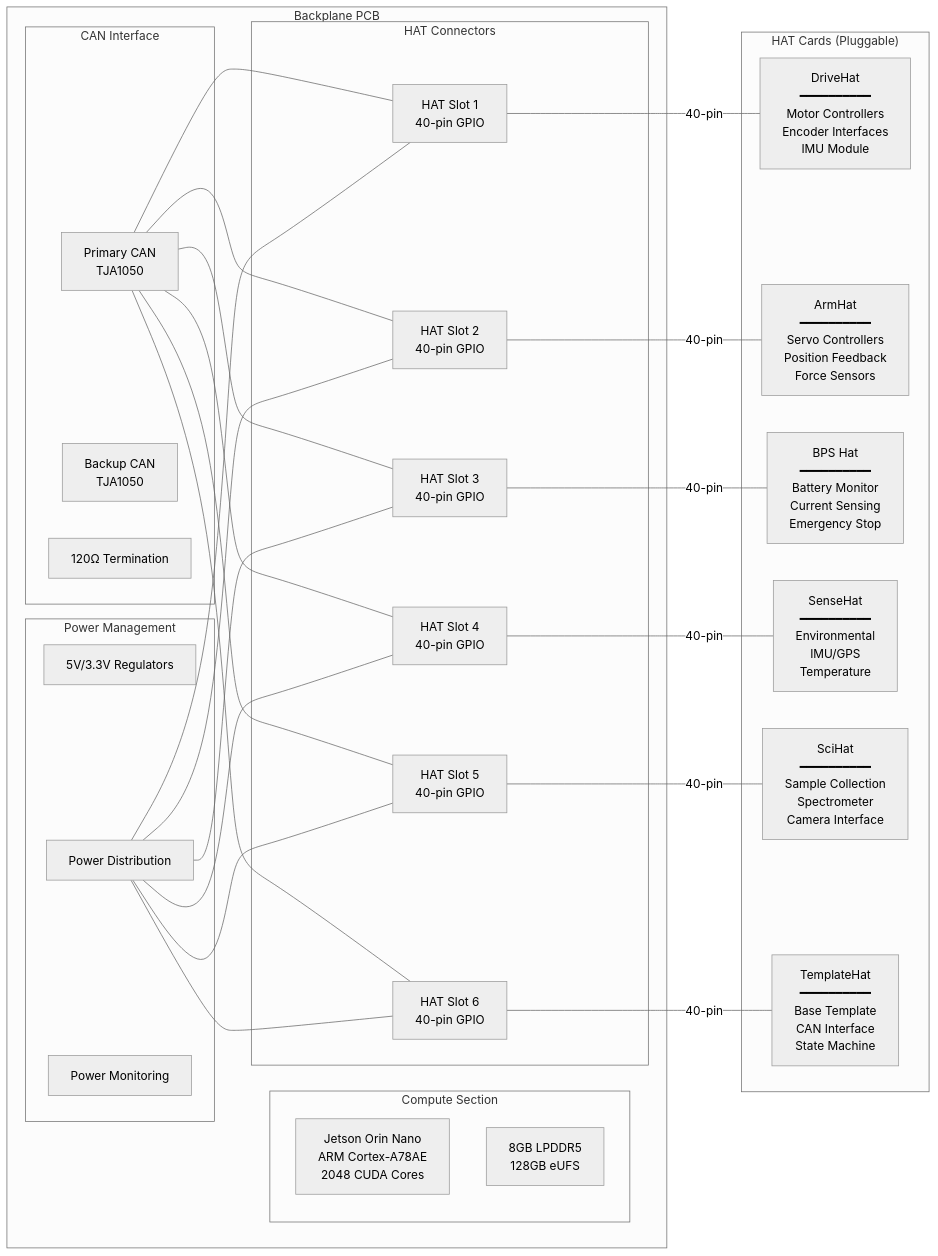
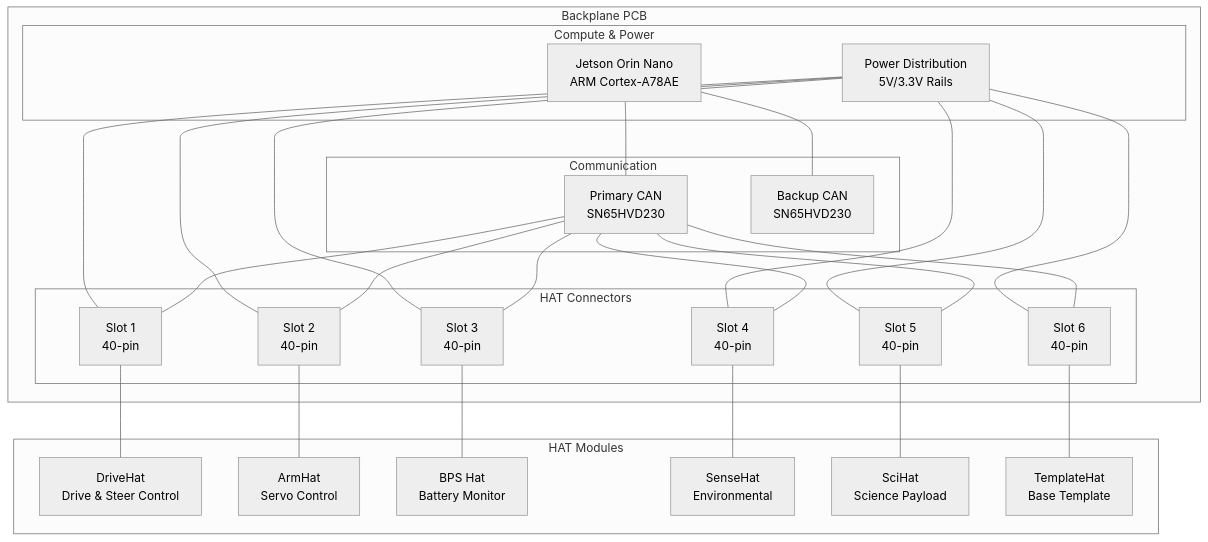
The second of 3 diagrams in README.md (AryanRai/SIRI-Elec), drawn with Mermaid (neutral theme) before and after one commit. The commit also changed other lines of this file and 4 other files, not shown here.

````diff
--- a/README.md
+++ b/README.md
@@ -132,65 +136,56 @@
 ```mermaid
-graph LR
+graph TB
     subgraph "Backplane PCB"
-        subgraph "Compute Section"
-            Jetson[Jetson Orin Nano<br/>ARM Cortex-A78AE<br/>2048 CUDA Cores]
-            Memory[8GB LPDDR5<br/>128GB eUFS]
+        subgraph "Compute & Power"
+            Jetson[Jetson Orin Nano<br/>ARM Cortex-A78AE]
+            PowerDist[Power Distribution<br/>5V/3.3V Rails]
         end
         
-        subgraph "CAN Interface"
-            CAN_Primary[Primary CAN<br/>TJA1050]
-            CAN_Backup[Backup CAN<br/>TJA1050]
-            CAN_Term[120Ω Termination]
+        subgraph "Communication"
+            CAN_Primary[Primary CAN<br/>SN65HVD230]
+            CAN_Backup[Backup CAN<br/>SN65HVD230]
         end
         
         subgraph "HAT Connectors"
-            Slot1[HAT Slot 1<br/>40-pin GPIO]
-            Slot2[HAT Slot 2<br/>40-pin GPIO]
-            Slot3[HAT Slot 3<br/>40-pin GPIO]
-            Slot4[HAT Slot 4<br/>40-pin GPIO]
-            Slot5[HAT Slot 5<br/>40-pin GPIO]
-            Slot6[HAT Slot 6<br/>40-pin GPIO]
-        end
-        
-        subgraph "Power Management"
-            PowerReg[5V/3.3V Regulators]
-            PowerDist[Power Distribution]
-            PowerMon[Power Monitoring]
+            Slot1[Slot 1<br/>40-pin]
+            Slot2[Slot 2<br/>40-pin]
+            Slot3[Slot 3<br/>40-pin]
+            Slot4[Slot 4<br/>40-pin]
+            Slot5[Slot 5<br/>40-pin]
+            Slot6[Slot 6<br/>40-pin]
         end
     end
     
-    subgraph "HAT Cards (Pluggable)"
-        DriveCard[DriveHat<br/>━━━━━━━━━━<br/>Motor Controllers<br/>Encoder Interfaces<br/>IMU Module]
-        
-        ArmCard[ArmHat<br/>━━━━━━━━━━<br/>Servo Controllers<br/>Position Feedback<br/>Force Sensors]
-        
-        BPSCard[BPS Hat<br/>━━━━━━━━━━<br/>Battery Monitor<br/>Current Sensing<br/>Emergency Stop]
-        
-        SenseCard[SenseHat<br/>━━━━━━━━━━<br/>Environmental<br/>IMU/GPS<br/>Temperature]
-        
-        SciCard[SciHat<br/>━━━━━━━━━━<br/>Sample Collection<br/>Spectrometer<br/>Camera Interface]
-        
-        TemplateCard[TemplateHat<br/>━━━━━━━━━━<br/>Base Template<br/>CAN Interface<br/>State Machine]
+    subgraph "HAT Modules"
+        DriveCard[DriveHat<br/>Drive & Steer Control]
+        ArmCard[ArmHat<br/>Servo Control]
+        BPSCard[BPS Hat<br/>Battery Monitor]
+        SenseCard[SenseHat<br/>Environmental]
+        SciCard[SciHat<br/>Science Payload]
+        TemplateCard[TemplateHat<br/>Base Template]
     end
     
-    Slot1 ---|40-pin| DriveCard
-    Slot2 ---|40-pin| ArmCard
-    Slot3 ---|40-pin| BPSCard
-    Slot4 ---|40-pin| SenseCard
-    Slot5 ---|40-pin| SciCard
-    Slot6 ---|40-pin| TemplateCard
+    Jetson --- CAN_Primary
+    Jetson --- CAN_Backup
+    
+    Slot1 --- DriveCard
+    Slot2 --- ArmCard
+    Slot3 --- BPSCard
+    Slot4 --- SenseCard
+    Slot5 --- SciCard
+    Slot6 --- TemplateCard
+    
+    PowerDist --- Slot1
+    PowerDist --- Slot2
+    PowerDist --- Slot3
+    PowerDist --- Slot4
+    PowerDist --- Slot5
+    PowerDist --- Slot6
     
     CAN_Primary --- Slot1
     CAN_Primary --- Slot2
     CAN_Primary --- Slot3
     CAN_Primary --- Slot4
     CAN_Primary --- Slot5
     CAN_Primary --- Slot6
-    
-    PowerDist --- Slot1
-    PowerDist --- Slot2
-    PowerDist --- Slot3
-    PowerDist --- Slot4
-    PowerDist --- Slot5
-    PowerDist --- Slot6
 ```
````
